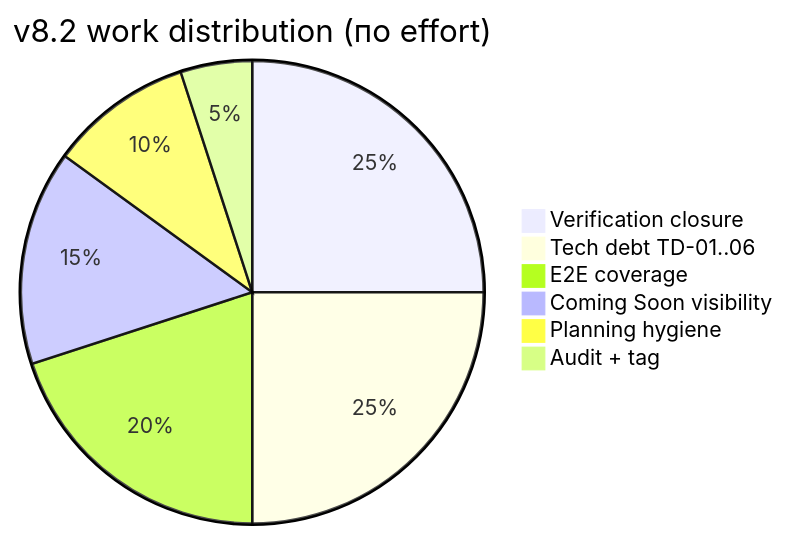
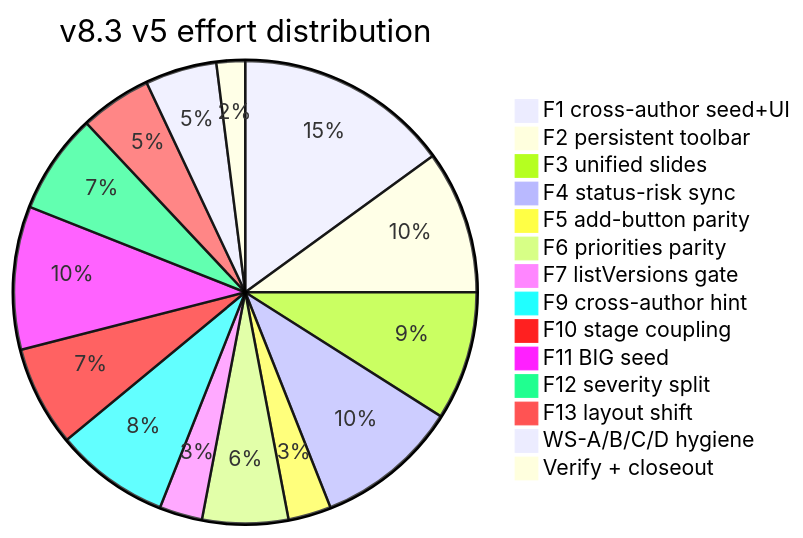
One commit to apolenkov/weeklyreport changed the tenth of 10 diagrams in .planning/plans/page-feedback-lead-report-a0000000-0000-pure-mist.md. Above: the diagram before and after it, drawn with Mermaid. The commit also changed other lines of this file and 1 other file, not shown here.

First line of the commit message:
chore(planning): v8.3 pre-UAT closure — STATE.md updated, plan archived

````diff
--- a/.planning/plans/page-feedback-lead-report-a0000000-0000-pure-mist.md
+++ b/.planning/plans/page-feedback-lead-report-a0000000-0000-pure-mist.md
@@ -159,9 +303,17 @@
 ```mermaid
-pie title v8.2 work distribution (по effort)
-    "Verification closure" : 25
-    "Tech debt TD-01..06" : 25
-    "E2E coverage" : 20
-    "Coming Soon visibility" : 15
-    "Planning hygiene" : 10
-    "Audit + tag" : 5
+pie title v8.3 v5 effort distribution
+    "F1 cross-author seed+UI" : 15
+    "F2 persistent toolbar"   : 10
+    "F3 unified slides"       : 9
+    "F4 status-risk sync"     : 10
+    "F5 add-button parity"    : 3
+    "F6 priorities parity"    : 6
+    "F7 listVersions gate"    : 3
+    "F9 cross-author hint"    : 8
+    "F10 stage coupling"      : 7
+    "F11 BIG seed"            : 10
+    "F12 severity split"      : 7
+    "F13 layout shift"        : 5
+    "WS-A/B/C/D hygiene"      : 5
+    "Verify + closeout"       : 2
 ```
````
